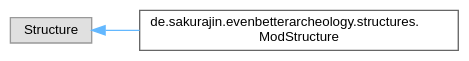
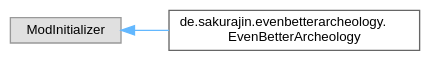
Before and after one commit to noah1510/EvenBetterArcheology: the diagram in inherit_graph_43.dot, drawn with Graphviz. The commit also changed 335 other files, not shown here.

Commit message:
Deploying to gh-pages from @ noah1510/EvenBetterArcheology@96f0970a8897f9a9d899146ae301b683f0a3a0f0 🚀

```diff
--- a/inherit_graph_43.dot
+++ b/inherit_graph_43.dot
@@ -1,11 +1,11 @@
 digraph "Graphical Class Hierarchy"
 {
  // LATEX_PDF_SIZE
   bgcolor="transparent";
   edge [fontname=Helvetica,fontsize=10,labelfontname=Helvetica,labelfontsize=10];
   node [fontname=Helvetica,fontsize=10,shape=box,height=0.2,width=0.4];
   rankdir="LR";
-  Node0 [label="Structure",height=0.2,width=0.4,color="grey60", fillcolor="#E0E0E0", style="filled",tooltip=" "];
+  Node0 [label="ModInitializer",height=0.2,width=0.4,color="grey60", fillcolor="#E0E0E0", style="filled",tooltip=" "];
   Node0 -> Node1 [dir="back",color="steelblue1",style="solid"];
-  Node1 [label="de.sakurajin.evenbetterarcheology.structures.\lModStructure",height=0.2,width=0.4,color="grey40", fillcolor="white", style="filled",URL="$classde_1_1sakurajin_1_1evenbetterarcheology_1_1structures_1_1ModStructure.html",tooltip=" "];
+  Node1 [label="de.sakurajin.evenbetterarcheology.\lEvenBetterArcheology",height=0.2,width=0.4,color="grey40", fillcolor="white", style="filled",URL="$classde_1_1sakurajin_1_1evenbetterarcheology_1_1EvenBetterArcheology.html",tooltip=" "];
 }
```
